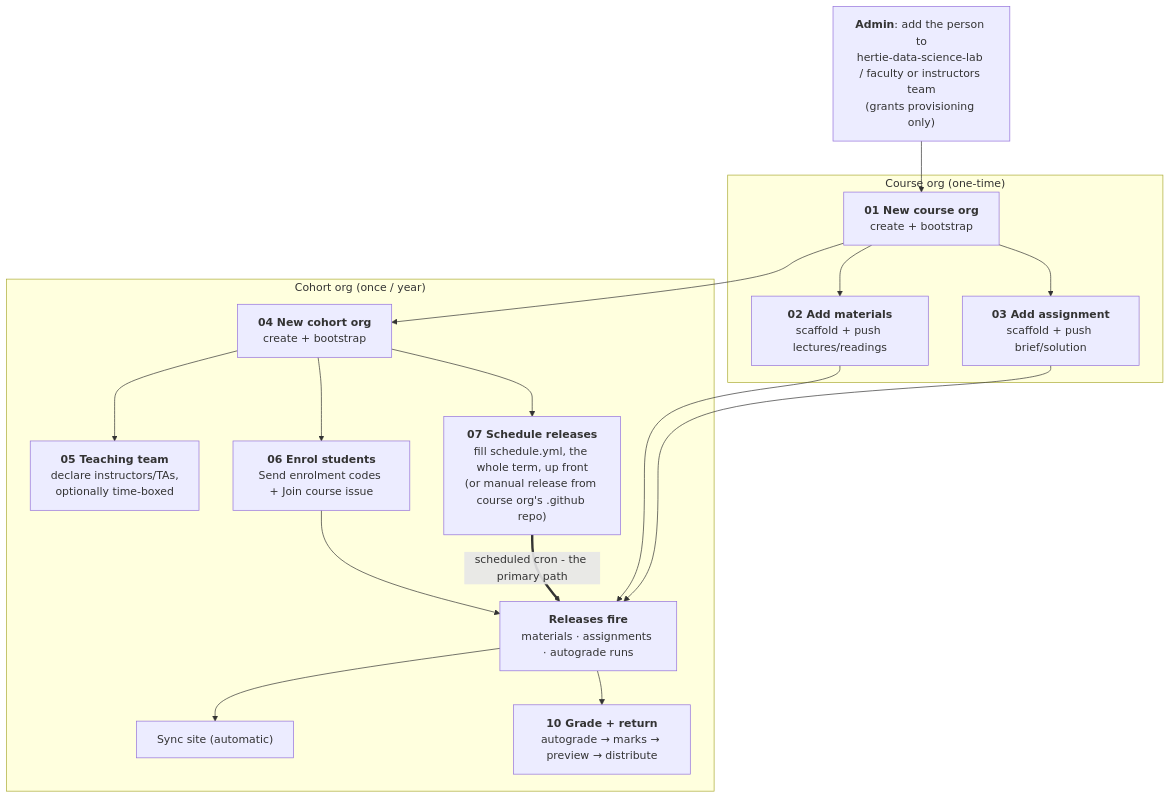
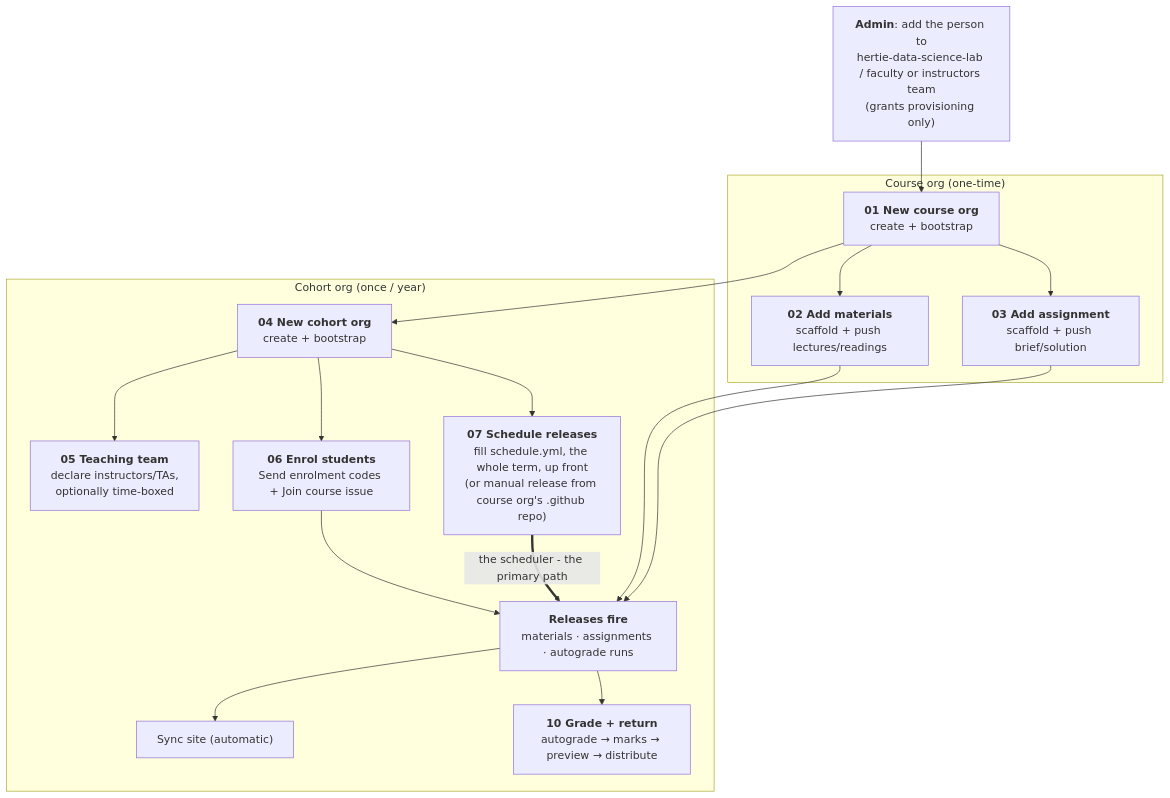
Before and after one commit to hertie-data-science-lab/dsl-teaching-toolkit: the diagram in docs/README.md, drawn with Mermaid. The commit also changed 8 other files, not shown here.

````diff
--- a/docs/README.md
+++ b/docs/README.md
@@ -17,46 +17,46 @@
 ```mermaid
 flowchart TD
   A["`**Admin**: add the person to
 hertie-data-science-lab / faculty or instructors team
 (grants provisioning only)`"] --> B
 
   subgraph COURSE["Course org (one-time)"]
     B["`**01 New course org**
 create + bootstrap`"]
     C["`**02 Add materials**
 scaffold + push lectures/readings`"]
     D["`**03 Add assignment**
 scaffold + push brief/solution`"]
     B --> C
     B --> D
   end
 
   subgraph COHORT["Cohort org (once / year)"]
     E["`**04 New cohort org**
 create + bootstrap`"]
     T["`**05 Teaching team**
 declare instructors/TAs,
 optionally time-boxed`"]
     F["`**06 Enrol students**
 Send enrolment codes + Join course issue`"]
     S["`**07 Schedule releases**
 fill schedule.yml, the whole term, up front
 (or manual release from course org's .github repo)`"]
     G["`**Releases fire**
 materials · assignments · autograde runs`"]
     I["Sync site (automatic)"]
     J["`**10 Grade + return**
 autograde → marks → preview → distribute`"]
     E --> T
     E --> F
     E --> S
     F --> G
-    S ==>|"scheduled cron - the primary path"| G
+    S ==>|"the scheduler - the primary path"| G
     G --> I
     G --> J
   end
 
   B --> E
   C --> G
   D --> G
 ```
````
